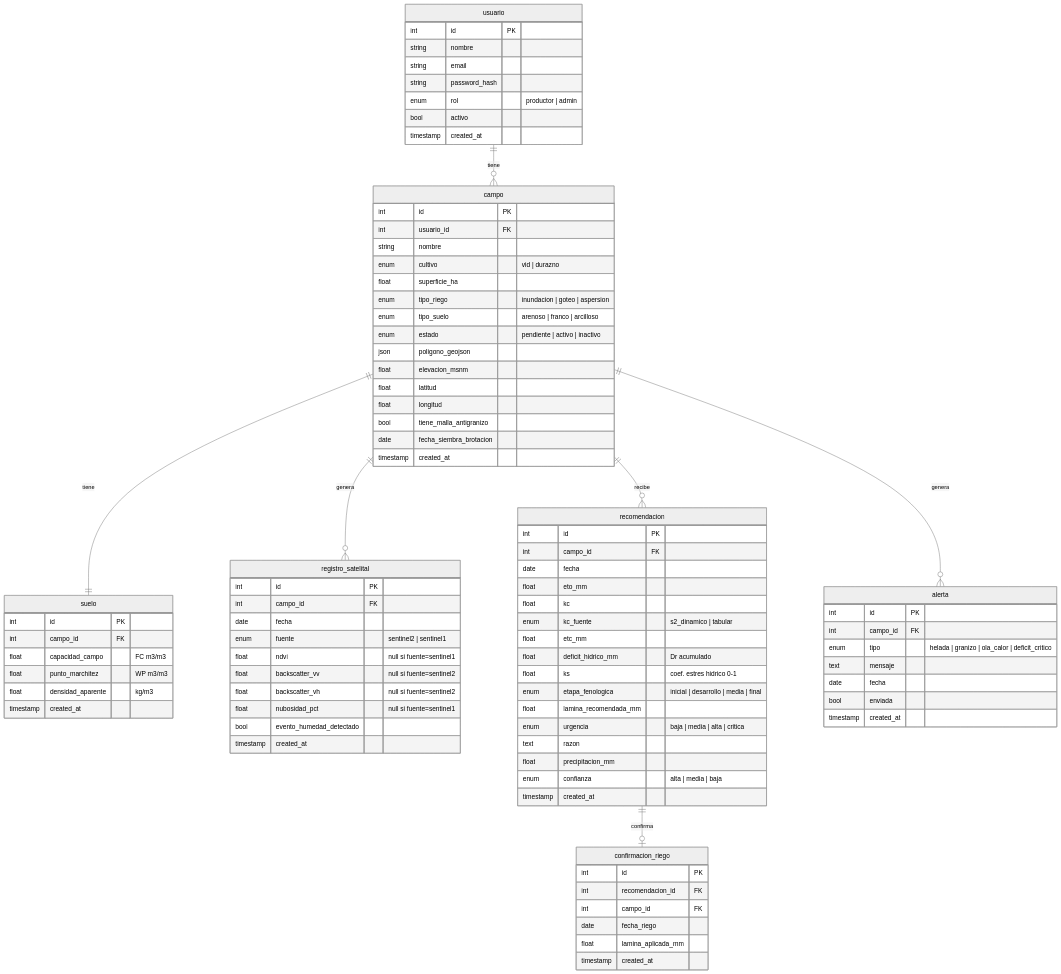
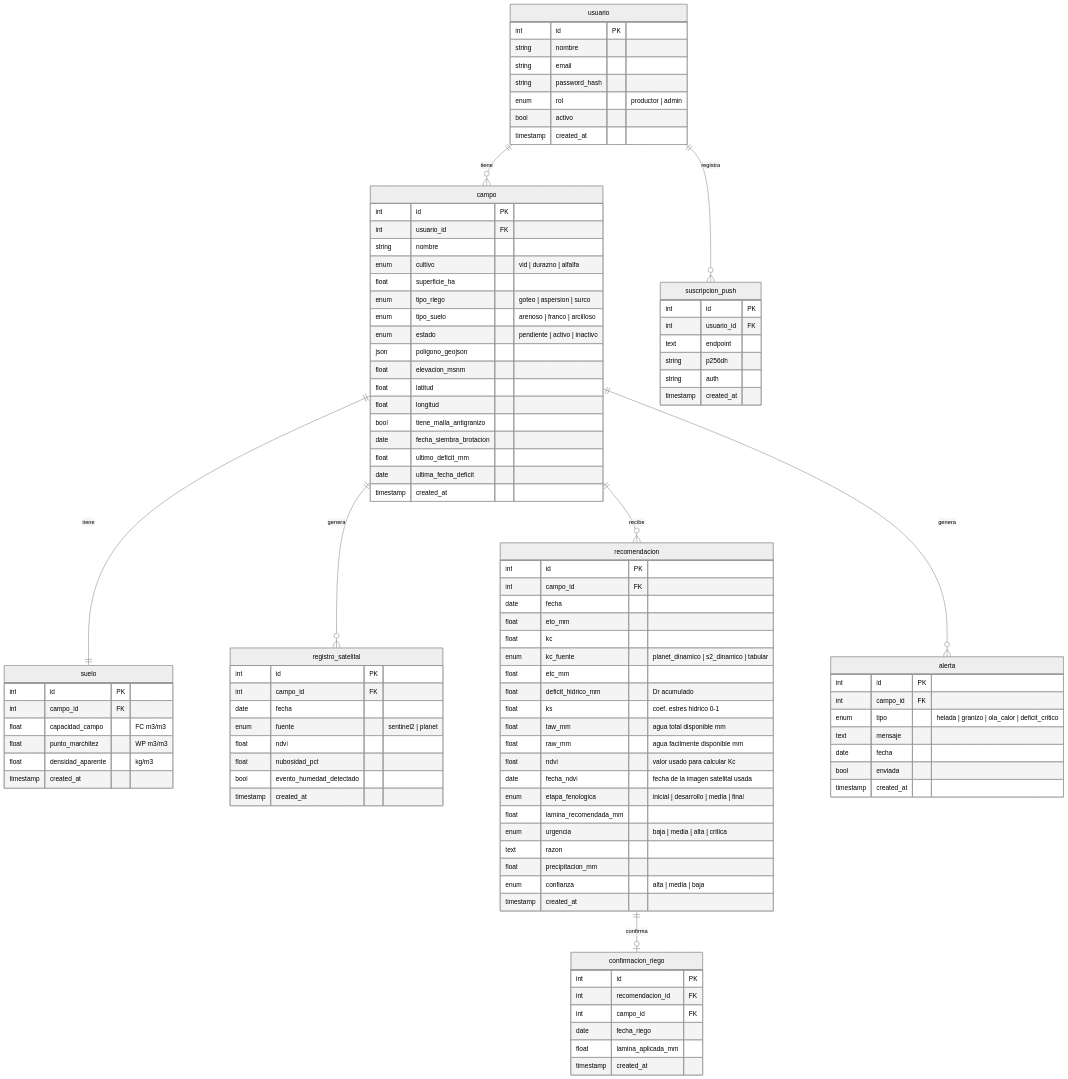
The diagram in docs/modelo-datos/er-diagram.md (Pachi69/irrigation-advisor), drawn with Mermaid (neutral theme) before and after one commit. The commit also changed other lines of this file, not shown here.

Commit message:
docs: actualizar ER diagram con estado real del modelo de datos
- campo: agregar alfalfa, ultimo_deficit_mm, ultima_fecha_deficit
- registro_satelital: fuente planet | sentinel2, quitar backscatter
- recomendacion: agregar taw_mm, raw_mm, ndvi, fecha_ndvi, planet_dinamico en kc_fuente
- suscripcion_push: agregar tabla faltante
- decisiones: actualizar flujo de confianza Kc en cascada (Planet -> GEE -> tabular)

````diff
--- a/docs/modelo-datos/er-diagram.md
+++ b/docs/modelo-datos/er-diagram.md
@@ -18,9 +18,9 @@
         int id PK
         int usuario_id FK
         string nombre
-        enum cultivo "vid | durazno"
+        enum cultivo "vid | durazno | alfalfa"
         float superficie_ha
-        enum tipo_riego "inundacion | goteo | aspersion"
+        enum tipo_riego "goteo | aspersion | surco"
         enum tipo_suelo "arenoso | franco | arcilloso"
         enum estado "pendiente | activo | inactivo"
         json poligono_geojson
@@ -29,6 +29,8 @@
         float longitud
         bool tiene_malla_antigranizo
         date fecha_siembra_brotacion
+        float ultimo_deficit_mm
+        date ultima_fecha_deficit
         timestamp created_at
     }
 
@@ -45,11 +47,9 @@
         int id PK
         int campo_id FK
         date fecha
-        enum fuente "sentinel2 | sentinel1"
-        float ndvi "null si fuente=sentinel1"
-        float backscatter_vv "null si fuente=sentinel2"
-        float backscatter_vh "null si fuente=sentinel2"
-        float nubosidad_pct "null si fuente=sentinel1"
+        enum fuente "sentinel2 | planet"
+        float ndvi
+        float nubosidad_pct
         bool evento_humedad_detectado
         timestamp created_at
     }
@@ -60,10 +60,14 @@
         date fecha
         float eto_mm
         float kc
-        enum kc_fuente "s2_dinamico | tabular"
+        enum kc_fuente "planet_dinamico | s2_dinamico | tabular"
         float etc_mm
         float deficit_hidrico_mm "Dr acumulado"
         float ks "coef. estres hidrico 0-1"
+        float taw_mm "agua total disponible mm"
+        float raw_mm "agua facilmente disponible mm"
+        float ndvi "valor usado para calcular Kc"
+        date fecha_ndvi "fecha de la imagen satelital usada"
         enum etapa_fenologica "inicial | desarrollo | media | final"
         float lamina_recomendada_mm
         enum urgencia "baja | media | alta | critica"
@@ -92,10 +96,20 @@
         timestamp created_at
     }
 
-    usuario      ||--o{ campo              : "tiene"
-    campo        ||--||  suelo             : "tiene"
-    campo        ||--o{ registro_satelital : "genera"
-    campo        ||--o{ recomendacion      : "recibe"
-    campo        ||--o{ alerta             : "genera"
+    suscripcion_push {
+        int id PK
+        int usuario_id FK
+        text endpoint
+        string p256dh
+        string auth
+        timestamp created_at
+    }
+
+    usuario       ||--o{ campo              : "tiene"
+    campo         ||--||  suelo             : "tiene"
+    campo         ||--o{ registro_satelital : "genera"
+    campo         ||--o{ recomendacion      : "recibe"
+    campo         ||--o{ alerta             : "genera"
     recomendacion ||--o| confirmacion_riego : "confirma"
+    usuario       ||--o{ suscripcion_push   : "registra"
 ```
````
